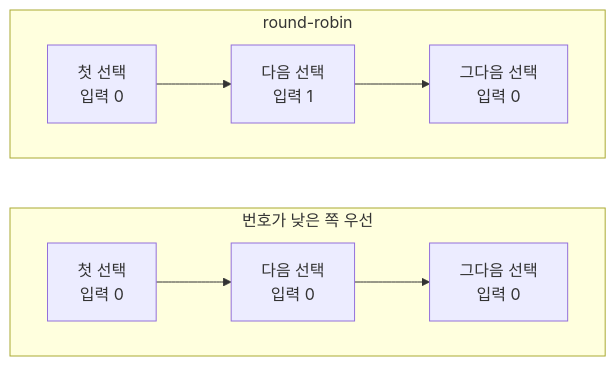
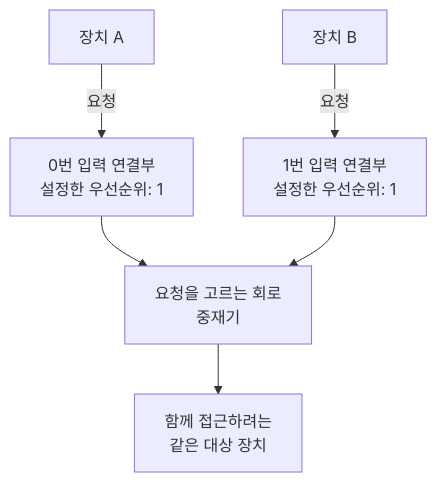
One commit to owencity/owencity.github.io changed the second of 5 diagrams in content/posts/last-stock-ordering.md. Above: the diagram before and after it, drawn with Mermaid. The commit also changed other lines of this file and 1 other file, not shown here.

````diff
--- a/content/posts/last-stock-ordering.md
+++ b/content/posts/last-stock-ordering.md
@@ -55,11 +48,8 @@
 ```mermaid
-flowchart LR
-    subgraph fixed["번호가 낮은 쪽 우선"]
-        direction LR
-        f1["첫 선택<br/>입력 0"] --> f2["다음 선택<br/>입력 0"] --> f3["그다음 선택<br/>입력 0"]
-    end
-    subgraph rotation["round-robin"]
-        direction LR
-        r1["첫 선택<br/>입력 0"] --> r2["다음 선택<br/>입력 1"] --> r3["그다음 선택<br/>입력 0"]
-    end
+flowchart TD
+    deviceA["장치 A"] -->|요청| input0["0번 입력 연결부<br/>설정한 우선순위: 1"]
+    deviceB["장치 B"] -->|요청| input1["1번 입력 연결부<br/>설정한 우선순위: 1"]
+    input0 --> arbiter["요청을 고르는 회로<br/>중재기"]
+    input1 --> arbiter
+    arbiter --> target["함께 접근하려는<br/>같은 대상 장치"]
 ```
````
